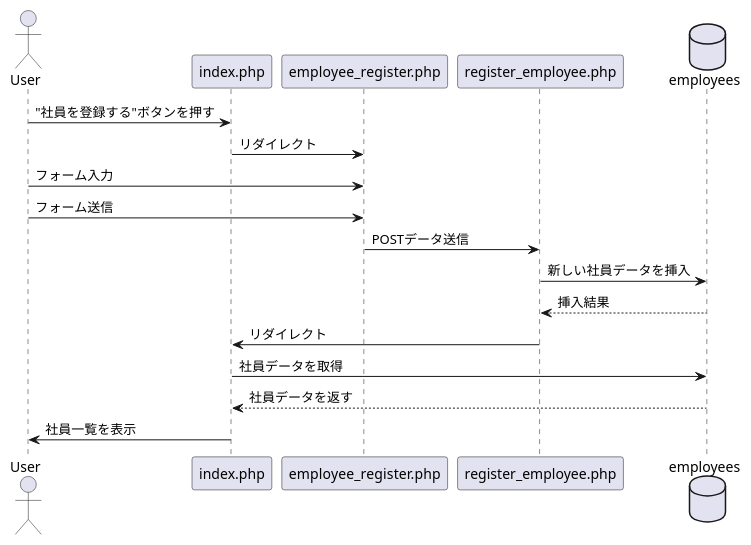
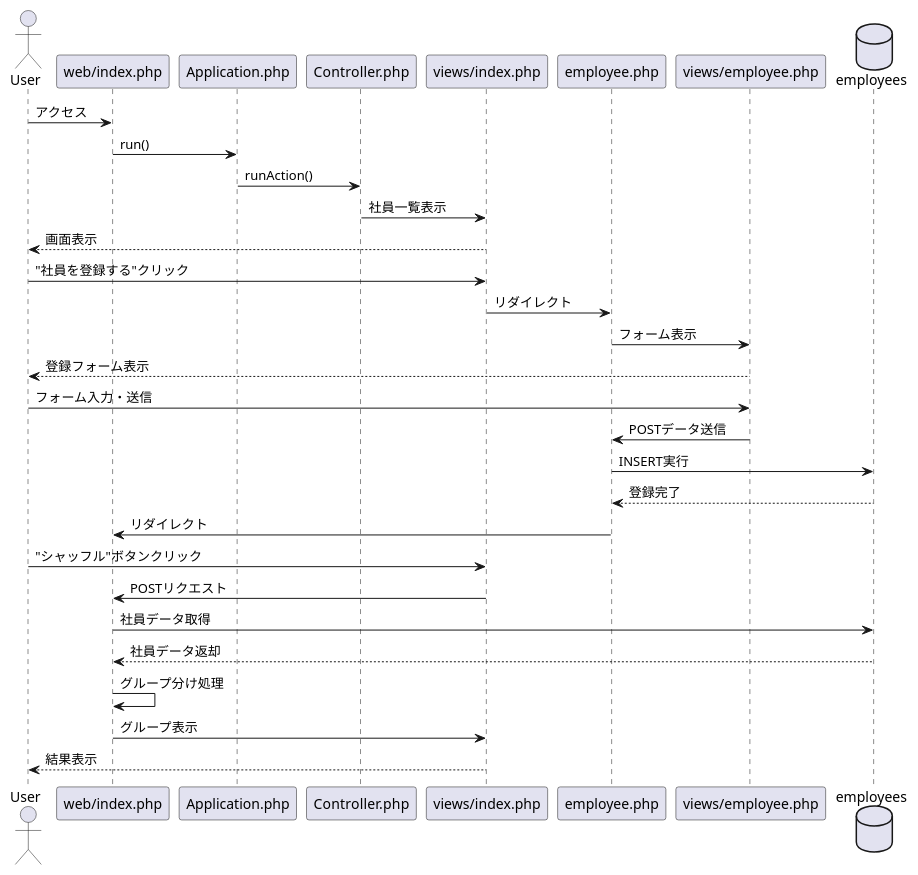
The diagram in src/diagrams/sequence.pu (ksk-aiko/shuffleLunch), drawn with PlantUML before and after one commit. The commit also changed 4 other files, not shown here.

Commit message:
We added an employee registration function and implemented a create action in the EmployeeController. We also updated the routing and modified the action for the employee registration form.

```diff
--- a/src/diagrams/sequence.pu
+++ b/src/diagrams/sequence.pu
@@ -1,20 +1,39 @@
 @startuml
 actor User
-participant "index.php" as Index
-participant "employee_register.php" as EmployeeRegister
-participant "register_employee.php" as RegisterEmployee
-database "employees" as EmployeesTable
+participant "web/index.php" as Index
+participant "Application.php" as App
+participant "Controller.php" as Controller
+participant "views/index.php" as IndexView
+participant "employee.php" as Employee
+participant "views/employee.php" as EmployeeView
+database "employees" as DB
 
-User -> Index: "社員を登録する"ボタンを押す
-Index -> EmployeeRegister: リダイレクト
-User -> EmployeeRegister: フォーム入力
-User -> EmployeeRegister: フォーム送信
-EmployeeRegister -> RegisterEmployee: POSTデータ送信
-RegisterEmployee -> EmployeesTable: 新しい社員データを挿入
-EmployeesTable --> RegisterEmployee: 挿入結果
-RegisterEmployee -> Index: リダイレクト
-Index -> EmployeesTable: 社員データを取得
-EmployeesTable --> Index: 社員データを返す
-Index -> User: 社員一覧を表示
+' 初期表示
+User -> Index: アクセス
+Index -> App: run()
+App -> Controller: runAction()
+Controller -> IndexView: 社員一覧表示
+IndexView --> User: 画面表示
+
+' 社員登録
+User -> IndexView: "社員を登録する"クリック
+IndexView -> Employee: リダイレクト
+Employee -> EmployeeView: フォーム表示
+EmployeeView --> User: 登録フォーム表示
+
+User -> EmployeeView: フォーム入力・送信
+EmployeeView -> Employee: POSTデータ送信
+Employee -> DB: INSERT実行
+DB --> Employee: 登録完了
+Employee -> Index: リダイレクト
+
+' シャッフル
+User -> IndexView: "シャッフル"ボタンクリック
+IndexView -> Index: POSTリクエスト
+Index -> DB: 社員データ取得
+DB --> Index: 社員データ返却
+Index -> Index: グループ分け処理
+Index -> IndexView: グループ表示
+IndexView --> User: 結果表示
 
 @enduml
```
